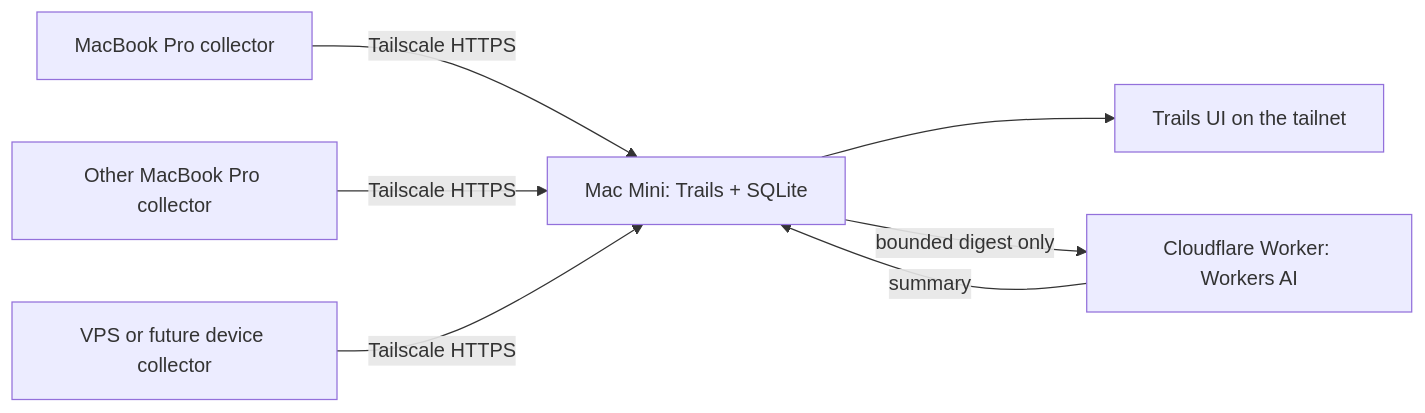
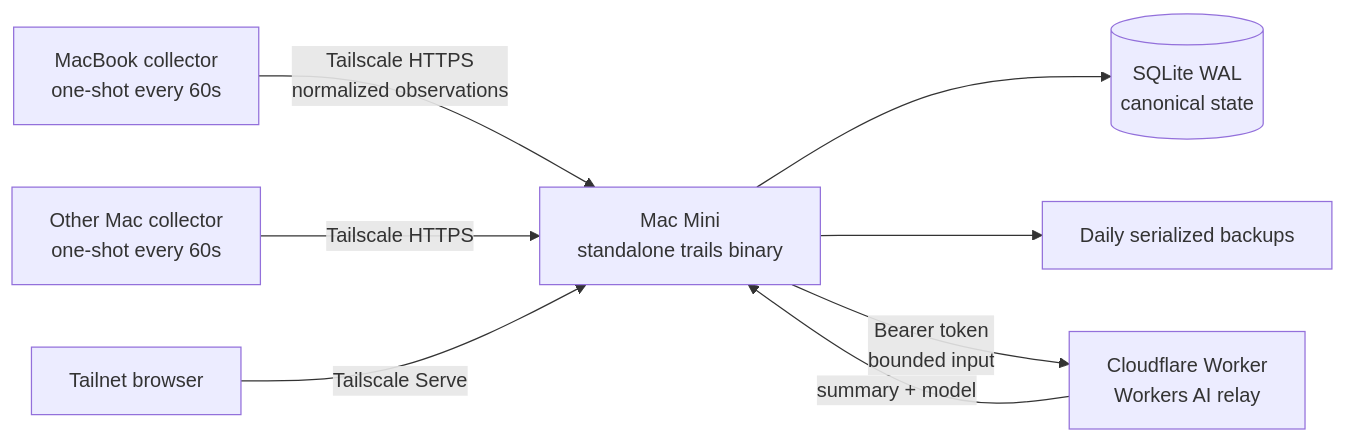
One commit to Manzanita-Research/trails changed the diagram in MULTI-DEVICE.md. Above: the diagram before and after it, drawn with Mermaid. The commit also changed other lines of this file and 10 other files, not shown here.

````diff
--- a/MULTI-DEVICE.md
+++ b/MULTI-DEVICE.md
@@ -10,9 +8,10 @@
 ```mermaid
 flowchart LR
-  A[MacBook Pro collector] -->|Tailscale HTTPS| M[Mac Mini: Trails + SQLite]
-  B[Other MacBook Pro collector] -->|Tailscale HTTPS| M
-  C[VPS or future device collector] -->|Tailscale HTTPS| M
-  M --> U[Trails UI on the tailnet]
-  M -->|bounded digest only| W[Cloudflare Worker: Workers AI]
-  W -->|summary| M
+  A[MacBook collector<br/>one-shot every 60s] -->|Tailscale HTTPS<br/>normalized observations| M[Mac Mini<br/>standalone trails binary]
+  B[Other Mac collector<br/>one-shot every 60s] -->|Tailscale HTTPS| M
+  M --> D[(SQLite WAL<br/>canonical state)]
+  M --> K[Daily serialized backups]
+  T[Tailnet browser] -->|Tailscale Serve| M
+  M -->|Bearer token<br/>bounded input| W[Cloudflare Worker<br/>Workers AI relay]
+  W -->|summary + model| M
 ```
````
